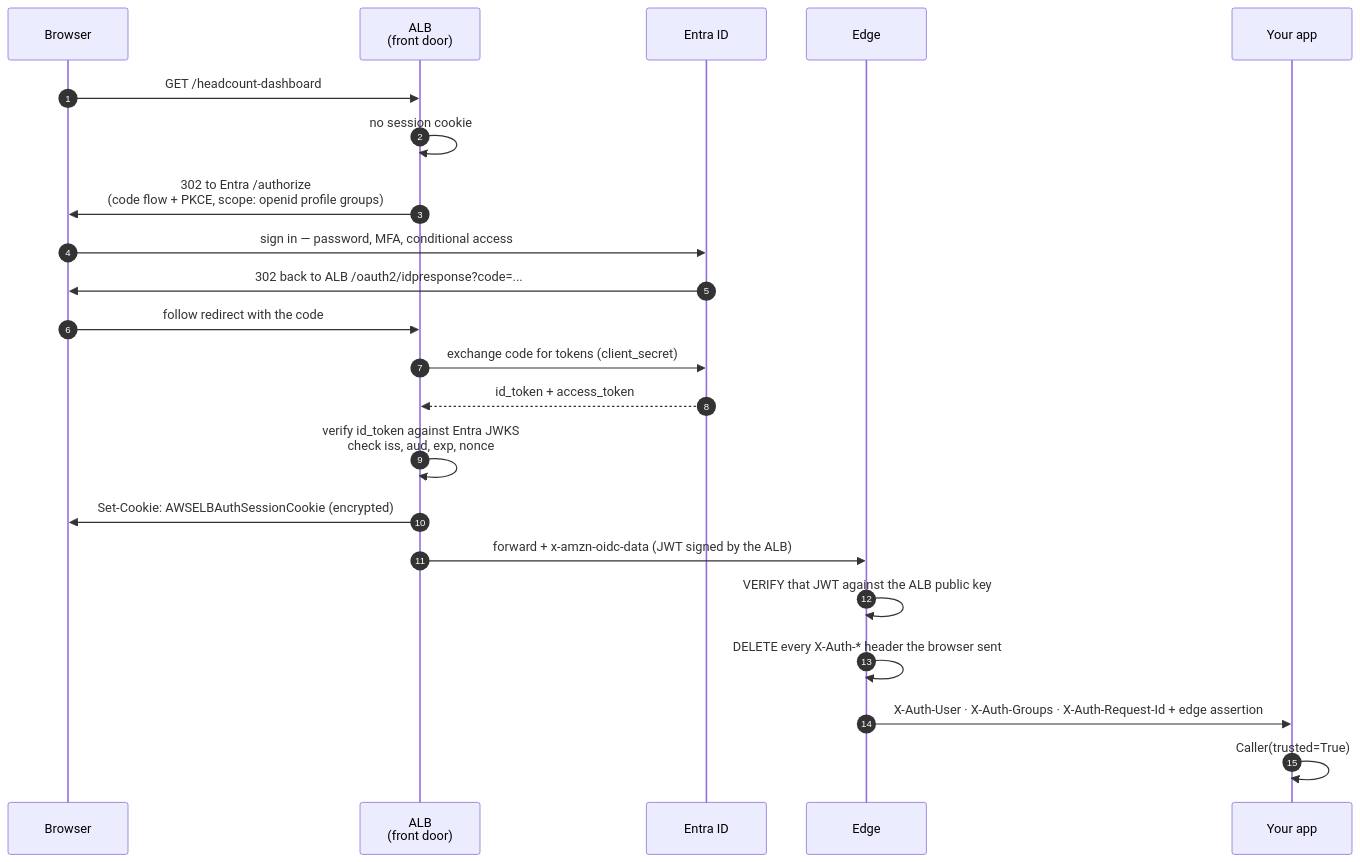
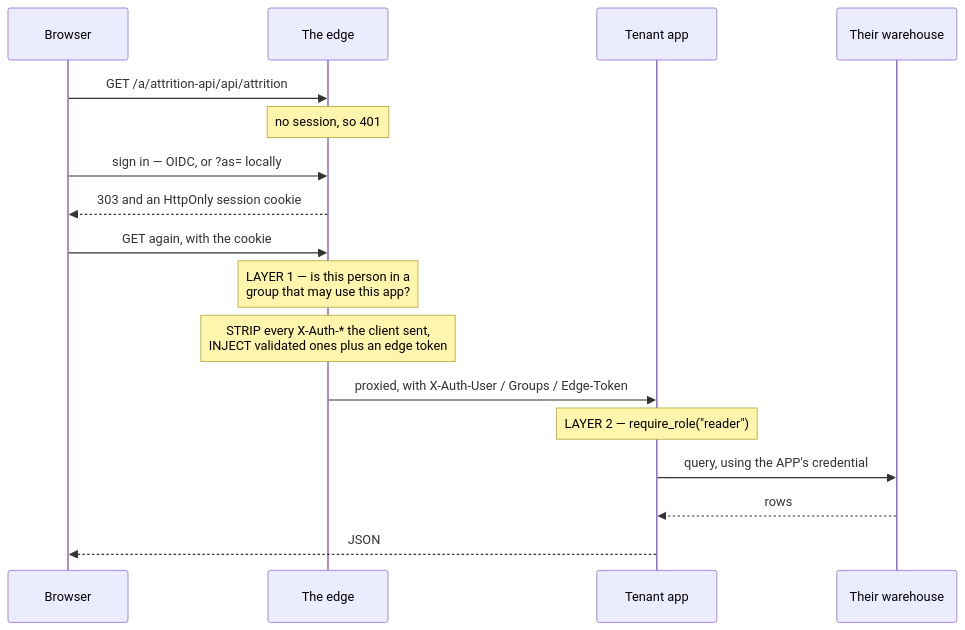
One commit to KRISHNABR/insights-platform changed the second of 3 diagrams in docs/ARCHITECTURE.md. Above: the diagram before and after it, drawn with Mermaid. The commit also changed other lines of this file and 8 other files, not shown here.

````diff
--- a/docs/ARCHITECTURE.md
+++ b/docs/ARCHITECTURE.md
@@ -290,25 +206,20 @@
 ```mermaid
 sequenceDiagram
-  autonumber
-  participant B as Browser
-  participant ALB as ALB<br/>(front door)
-  participant E as Entra ID
-  participant ED as Edge
-  participant A as Your app
+    participant B as Browser
+    participant E as The edge
+    participant A as Tenant app
+    participant W as Their warehouse
 
-  B->>ALB: GET /headcount-dashboard
-  ALB->>ALB: no session cookie
-  ALB->>B: 302 to Entra /authorize<br/>(code flow + PKCE, scope: openid profile groups)
-  B->>E: sign in — password, MFA, conditional access
-  E->>B: 302 back to ALB /oauth2/idpresponse?code=...
-  B->>ALB: follow redirect with the code
-  ALB->>E: exchange code for tokens (client_secret)
-  E-->>ALB: id_token + access_token
-  ALB->>ALB: verify id_token against Entra JWKS<br/>check iss, aud, exp, nonce
-  ALB->>B: Set-Cookie: AWSELBAuthSessionCookie (encrypted)
-  ALB->>ED: forward + x-amzn-oidc-data (JWT signed by the ALB)
-  ED->>ED: VERIFY that JWT against the ALB public key
-  ED->>ED: DELETE every X-Auth-* header the browser sent
-  ED->>A: X-Auth-User · X-Auth-Groups · X-Auth-Request-Id + edge assertion
-  A->>A: Caller(trusted=True)
+    B->>E: GET /a/attrition-api/api/attrition
+    Note over E: no session, so 401
+    B->>E: sign in — OIDC, or ?as= locally
+    E-->>B: 303 and an HttpOnly session cookie
+    B->>E: GET again, with the cookie
+    Note over E: LAYER 1 — is this person in a<br/>group that may use this app?
+    Note over E: STRIP every X-Auth-* the client sent,<br/>INJECT validated ones plus an edge token
+    E->>A: proxied, with X-Auth-User / Groups / Edge-Token
+    Note over A: LAYER 2 — require_role("reader")
+    A->>W: query, using the APP's credential
+    W-->>A: rows
+    A-->>B: JSON
 ```
````
